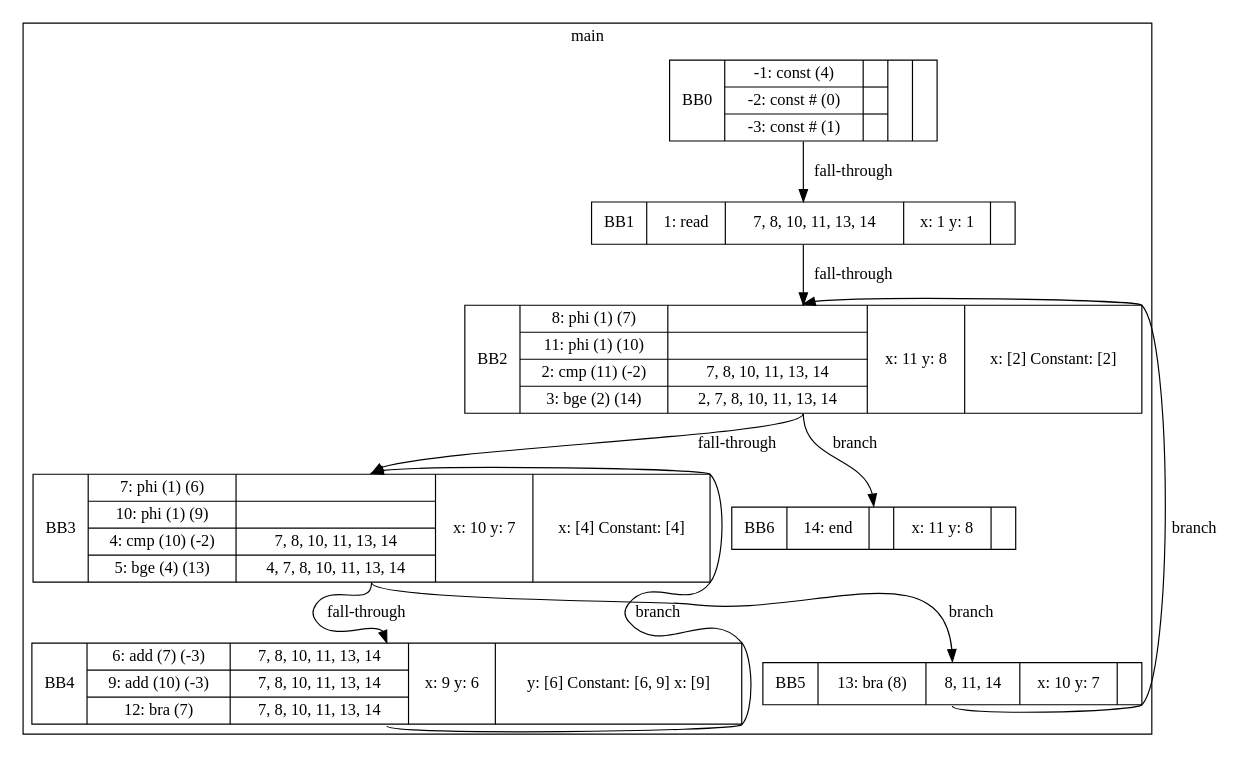
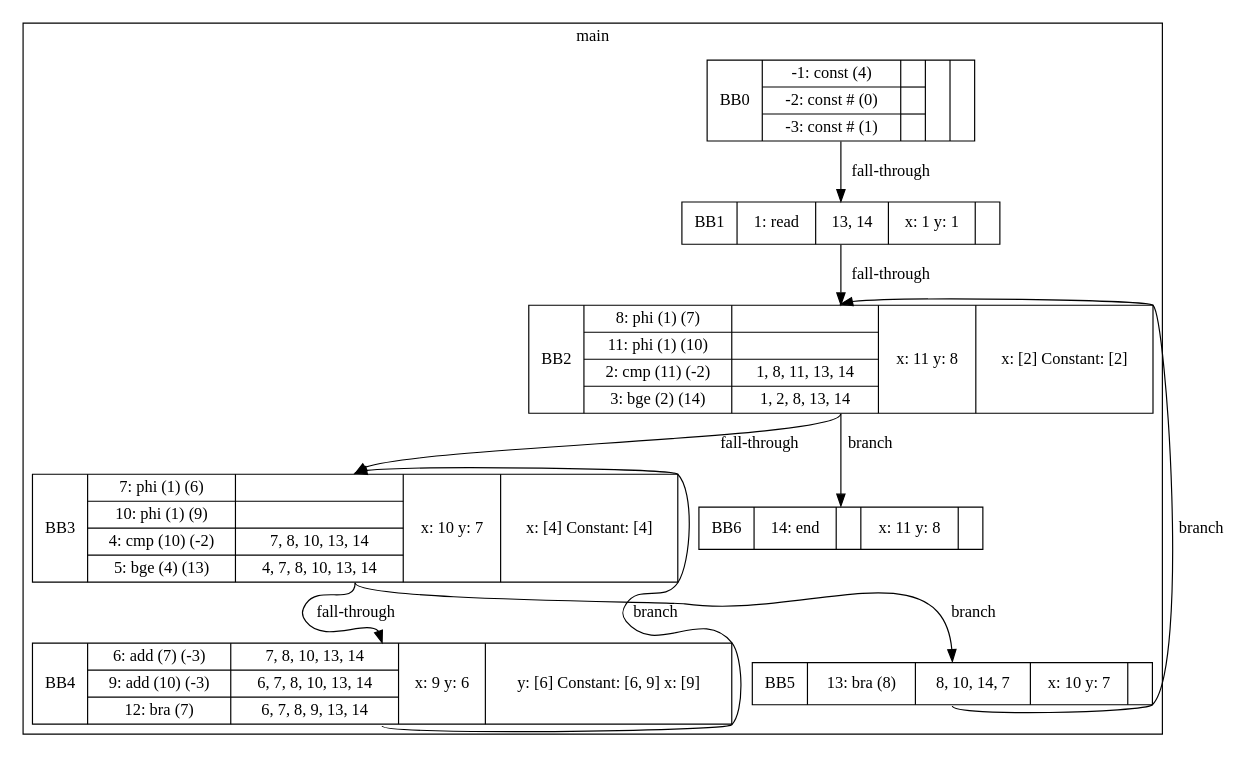
One commit to mahbub-hr/compiler_cs241 changed the diagram in Project3/src/main/graph.dot. Above: the diagram before and after it, drawn with Graphviz. The commit also changed 5 other files, not shown here.

```diff
--- a/Project3/src/main/graph.dot
+++ b/Project3/src/main/graph.dot
@@ -1,41 +1,41 @@
 digraph G{
 			bb0[shape=record, label="<b>BB0|{-1: const (4) |-2: const # (0) |-3: const # (1) }|{||}|{}|{}"];
-		bb1[shape=record, label="<b>BB1|{1: read  }|{7, 8, 10, 11, 13, 14}|{    x: 1
+		bb1[shape=record, label="<b>BB1|{1: read  }|{13, 14}|{    x: 1
     y: 1
 }|{}"];
-		bb2[shape=record, label="<b>BB2|{8: phi (1) (7)|11: phi (1) (10)|2: cmp (11) (-2)|3: bge (2) (14)}|{||7, 8, 10, 11, 13, 14|2, 7, 8, 10, 11, 13, 14}|{    x: 11
+		bb2[shape=record, label="<b>BB2|{8: phi (1) (7)|11: phi (1) (10)|2: cmp (11) (-2)|3: bge (2) (14)}|{||1, 8, 11, 13, 14|1, 2, 8, 13, 14}|{    x: 11
     y: 8
 }|{    x: [2]
     Constant: [2]
 }"];
-		bb3[shape=record, label="<b>BB3|{7: phi (1) (6)|10: phi (1) (9)|4: cmp (10) (-2)|5: bge (4) (13)}|{||7, 8, 10, 11, 13, 14|4, 7, 8, 10, 11, 13, 14}|{    x: 10
+		bb3[shape=record, label="<b>BB3|{7: phi (1) (6)|10: phi (1) (9)|4: cmp (10) (-2)|5: bge (4) (13)}|{||7, 8, 10, 13, 14|4, 7, 8, 10, 13, 14}|{    x: 10
     y: 7
 }|{    x: [4]
     Constant: [4]
 }"];
-		bb4[shape=record, label="<b>BB4|{6: add (7) (-3)|9: add (10) (-3)|12: bra (7) }|{7, 8, 10, 11, 13, 14|7, 8, 10, 11, 13, 14|7, 8, 10, 11, 13, 14}|{    x: 9
+		bb4[shape=record, label="<b>BB4|{6: add (7) (-3)|9: add (10) (-3)|12: bra (7) }|{7, 8, 10, 13, 14|6, 7, 8, 10, 13, 14|6, 7, 8, 9, 13, 14}|{    x: 9
     y: 6
 }|{    y: [6]
     Constant: [6, 9]
     x: [9]
 }"];
-		bb5[shape=record, label="<b>BB5|{13: bra (8) }|{8, 11, 14}|{    x: 10
+		bb5[shape=record, label="<b>BB5|{13: bra (8) }|{8, 10, 14, 7}|{    x: 10
     y: 7
 }|{}"];
 		bb6[shape=record, label="<b>BB6|{14: end  }|{}|{    x: 11
     y: 8
 }|{}"];
 	
 subgraph cluster_main{
 	label=main
 			bb0:s->bb1:n[label="fall-through"];
 		bb1:s->bb2:n[label="fall-through"];
 		bb2:s->bb3:n[label="fall-through"];
 bb2:s->bb6:n[label="branch"];
 		bb3:s->bb4:n[label="fall-through"];
 bb3:s->bb5:n[label="branch"];
 		bb4:s->bb3:n[label="branch"];
 		bb5:s->bb2:n[label="branch"];
 		
 }
 }
```
